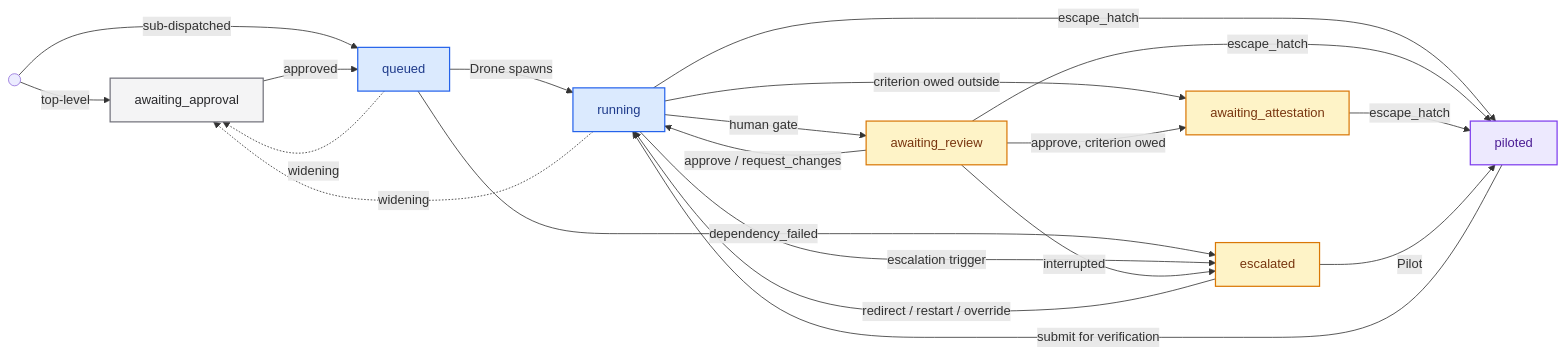
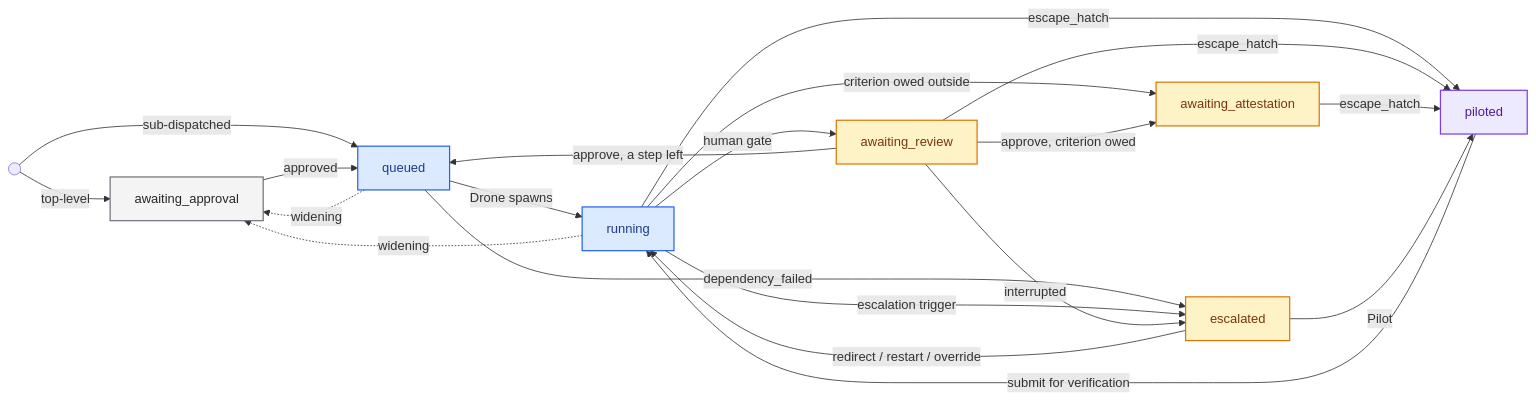
Before and after one commit to NickMele/armada: the second of 3 diagrams in docs/concepts/job.md, drawn with Mermaid. The commit also changed 10 other files, not shown here.

````diff
--- a/docs/concepts/job.md
+++ b/docs/concepts/job.md
@@ -91,38 +91,38 @@
 ```mermaid
 flowchart LR
   classDef gate fill:#f4f4f5,stroke:#71717a,stroke-width:1.5px,color:#27272a
   classDef drone fill:#dbeafe,stroke:#2563eb,stroke-width:1.5px,color:#1e3a8a
   classDef waited fill:#fef3c7,stroke:#d97706,stroke-width:1.5px,color:#78350f
   classDef worked fill:#ede9fe,stroke:#7c3aed,stroke-width:1.5px,color:#4c1d95
 
   START(( )) -->|top-level| AA
   START -->|sub-dispatched| Q
 
   AA["awaiting_approval"] -->|approved| Q["queued"]
   Q -->|Drone spawns| R["running"]
 
   R -->|human gate| AR["awaiting_review"]
-  AR -->|"approve / request_changes"| R
+  AR -->|"approve, a step left"| Q
 
   R -->|criterion owed outside| AT["awaiting_attestation"]
   AR -->|"approve, criterion owed"| AT
 
   Q -->|dependency_failed| ESC["escalated"]
   R -->|escalation trigger| ESC
   AR -->|interrupted| ESC
   ESC -->|"redirect / restart / override"| R
 
   R -->|escape_hatch| P["piloted"]
   AR -->|escape_hatch| P
   AT -->|escape_hatch| P
   ESC -->|Pilot| P
   P -->|submit for verification| R
 
   Q -.->|widening| AA
   R -.->|widening| AA
 
   class AA gate
   class Q,R drone
   class AR,ESC,AT waited
   class P worked
 ```
````
